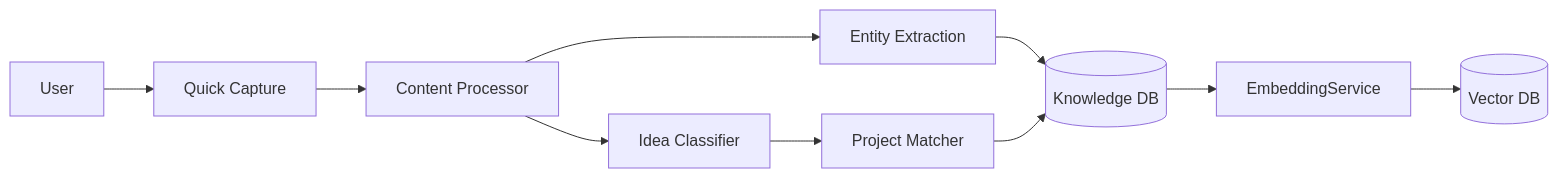
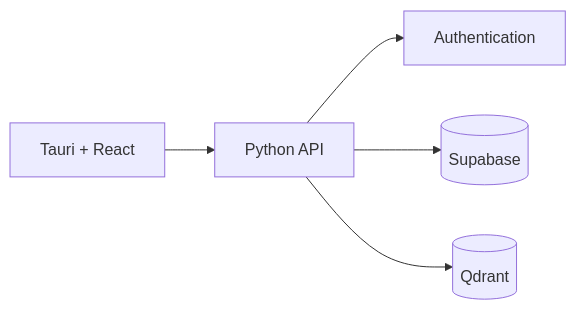
One commit to ArlagaddaMourya/habit_tracker changed the fourth of 11 diagrams in README.md. Above: the diagram before and after it, drawn with Mermaid. The commit also changed other lines of this file and 6 other files, not shown here.

````diff
--- a/README.md
+++ b/README.md
@@ -171,19 +175,16 @@
 ```mermaid
 flowchart LR
 
-User --> NoteInput[Quick Capture]
+    UI[Tauri + React]
+    API[Python API]
 
-NoteInput --> Processor[Content Processor]
+    DB[(Supabase)]
+    Vector[(Qdrant)]
 
-Processor --> Classifier[Idea Classifier]
-Processor --> EntityExtractor[Entity Extraction]
+    Auth[Authentication]
 
-Classifier --> ProjectLinker[Project Matcher]
-
-EntityExtractor --> KnowledgeStore[(Knowledge DB)]
-
-ProjectLinker --> KnowledgeStore
-
-KnowledgeStore --> EmbeddingService
-EmbeddingService --> VectorDB[(Vector DB)]
+    UI --> API
+    API --> Auth
+    API --> DB
+    API --> Vector
 ```
````
